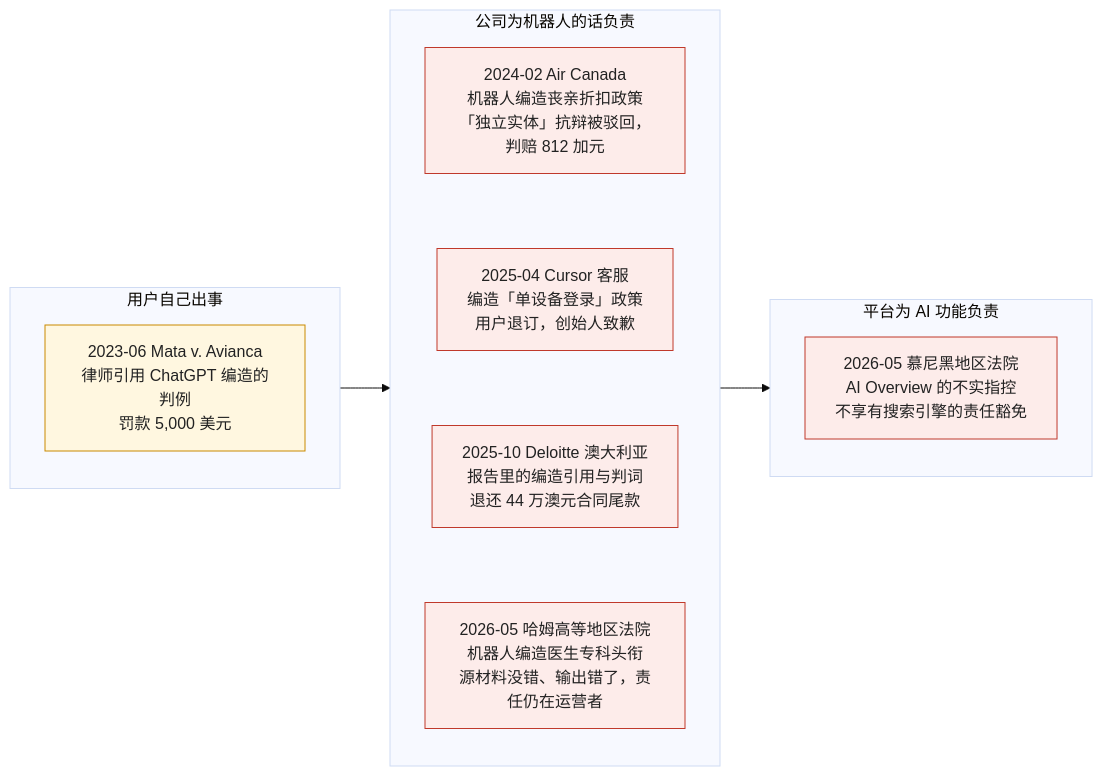
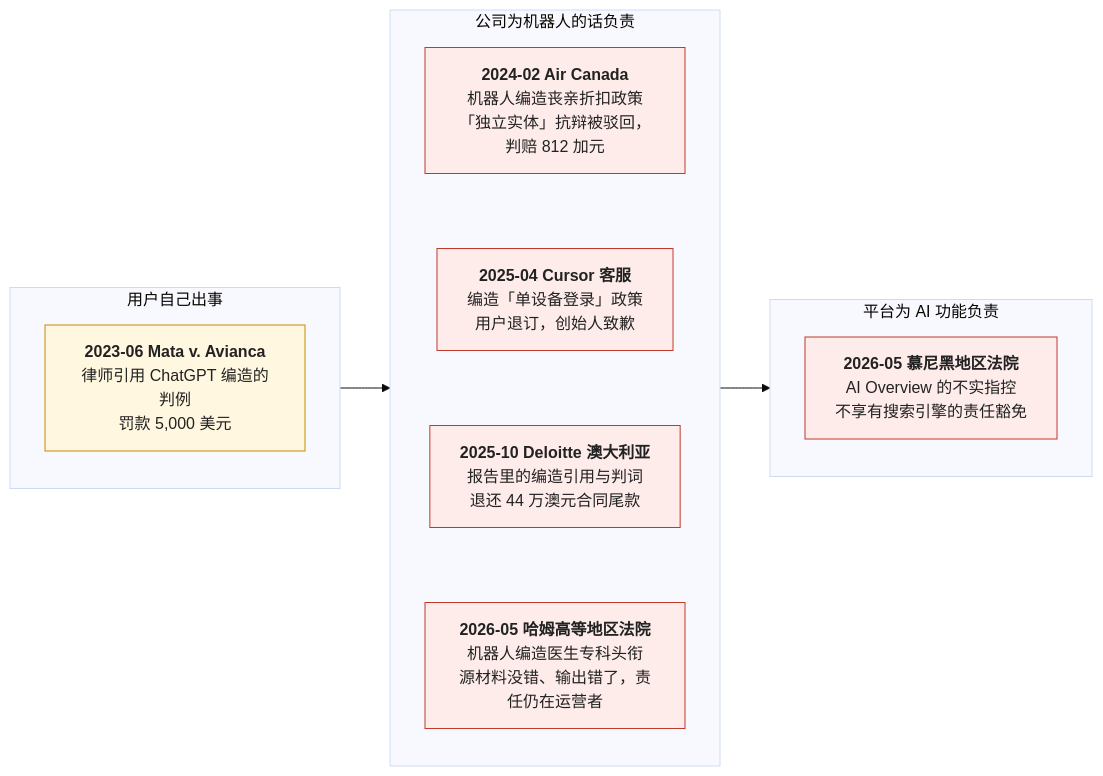
Before and after one commit to arganzheng/arganzheng.github.com: the third of 8 diagrams in _posts/2026-09-29-llm-failure-modes-nondeterminism-hallucination-and-context.md, drawn with Mermaid (base theme). The commit also changed other lines of this file and 6 other files, not shown here.

First line of the commit message:
模型作为组件：契约、失效模式与选型：Mermaid 多行方框的首行标为标题（7 篇）

````diff
--- a/_posts/2026-09-29-llm-failure-modes-nondeterminism-hallucination-and-context.md
+++ b/_posts/2026-09-29-llm-failure-modes-nondeterminism-hallucination-and-context.md
@@ -142,23 +142,23 @@
 ```mermaid
 %% 图：幻觉代价的三年升级线——从用户自己用 ChatGPT 被罚（2023），到公司为部署的机器人赔钱（2024–2026），到平台为 AI 功能本身承担内容责任（2026）
 flowchart LR
     subgraph A["用户自己出事"]
-        A1["2023-06 Mata v. Avianca<br/>律师引用 ChatGPT 编造的判例<br/>罚款 5,000 美元"]
+        A1["<b>2023-06 Mata v. Avianca</b><br/>律师引用 ChatGPT 编造的判例<br/>罚款 5,000 美元"]
     end
     subgraph B["公司为机器人的话负责"]
         direction TB
-        B1["2024-02 Air Canada<br/>机器人编造丧亲折扣政策<br/>「独立实体」抗辩被驳回，判赔 812 加元"]
-        B2["2025-04 Cursor 客服<br/>编造「单设备登录」政策<br/>用户退订，创始人致歉"]
-        B3["2025-10 Deloitte 澳大利亚<br/>报告里的编造引用与判词<br/>退还 44 万澳元合同尾款"]
-        B4["2026-05 哈姆高等地区法院<br/>机器人编造医生专科头衔<br/>源材料没错、输出错了，责任仍在运营者"]
+        B1["<b>2024-02 Air Canada</b><br/>机器人编造丧亲折扣政策<br/>「独立实体」抗辩被驳回，判赔 812 加元"]
+        B2["<b>2025-04 Cursor 客服</b><br/>编造「单设备登录」政策<br/>用户退订，创始人致歉"]
+        B3["<b>2025-10 Deloitte 澳大利亚</b><br/>报告里的编造引用与判词<br/>退还 44 万澳元合同尾款"]
+        B4["<b>2026-05 哈姆高等地区法院</b><br/>机器人编造医生专科头衔<br/>源材料没错、输出错了，责任仍在运营者"]
         B1 ~~~ B2 ~~~ B3 ~~~ B4
     end
     subgraph C["平台为 AI 功能负责"]
-        C1["2026-05 慕尼黑地区法院<br/>AI Overview 的不实指控<br/>不享有搜索引擎的责任豁免"]
+        C1["<b>2026-05 慕尼黑地区法院</b><br/>AI Overview 的不实指控<br/>不享有搜索引擎的责任豁免"]
     end
     A --> B --> C
     classDef s1 fill:#fff7e0,stroke:#c98a00,color:#222
     classDef s2 fill:#fdecea,stroke:#c0392b,color:#222
     class A1 s1
     class B1,B2,B3,B4,C1 s2
 ```
````
